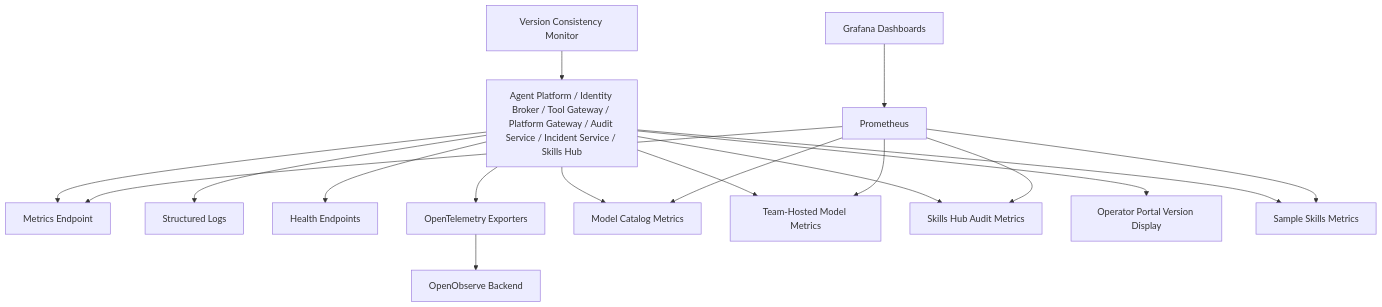
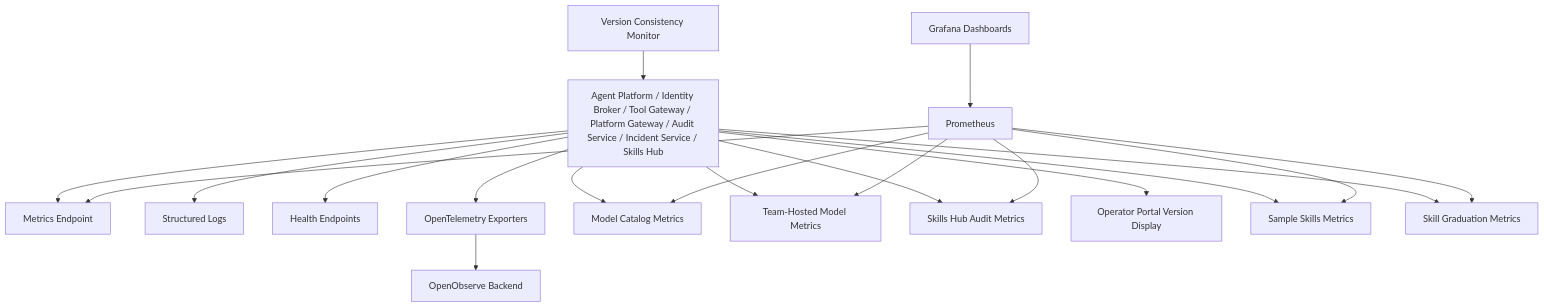
Diagram 11 of 12 in .qoder/repowiki/en/content/Deployment and Operations/Deployment and Operations.md (metasync/luban-aiops), drawn with Mermaid before and after one commit. The commit also changed other lines of this file and 48 other files, not shown here.

````diff
--- a/.qoder/repowiki/en/content/Deployment and Operations/Deployment and Operations.md
+++ b/.qoder/repowiki/en/content/Deployment and Operations/Deployment and Operations.md
@@ -910,34 +935,37 @@
 ```mermaid
 graph TB
 Services["Agent Platform / Identity Broker / Tool Gateway / Platform Gateway / Audit Service / Incident Service / Skills Hub"]
 Metrics["Metrics Endpoint"]
 Logs["Structured Logs"]
 Health["Health Endpoints"]
 OTel["OpenTelemetry Exporters"]
 ModelMetrics["Model Catalog Metrics"]
 LLMMetrics["Team-Hosted Model Metrics"]
 SkillsMetrics["Skills Hub Audit Metrics"]
 PortalMetrics["Operator Portal Version Display"]
 SampleMetrics["Sample Skills Metrics"]
+GraduationMetrics["Skill Graduation Metrics"]
 Prometheus["Prometheus"]
 Grafana["Grafana Dashboards"]
 OpenObserve["OpenObserve Backend"]
 VersionMonitor["Version Consistency Monitor"]
 Services --> Metrics
 Services --> Logs
 Services --> Health
 Services --> OTel
 Services --> ModelMetrics
 Services --> LLMMetrics
 Services --> SkillsMetrics
 Services --> PortalMetrics
 Services --> SampleMetrics
+Services --> GraduationMetrics
 Prometheus --> Metrics
 Prometheus --> ModelMetrics
 Prometheus --> LLMMetrics
 Prometheus --> SkillsMetrics
 Prometheus --> SampleMetrics
+Prometheus --> GraduationMetrics
 Grafana --> Prometheus
 OTel --> OpenObserve
 VersionMonitor --> Services
 ```
````
